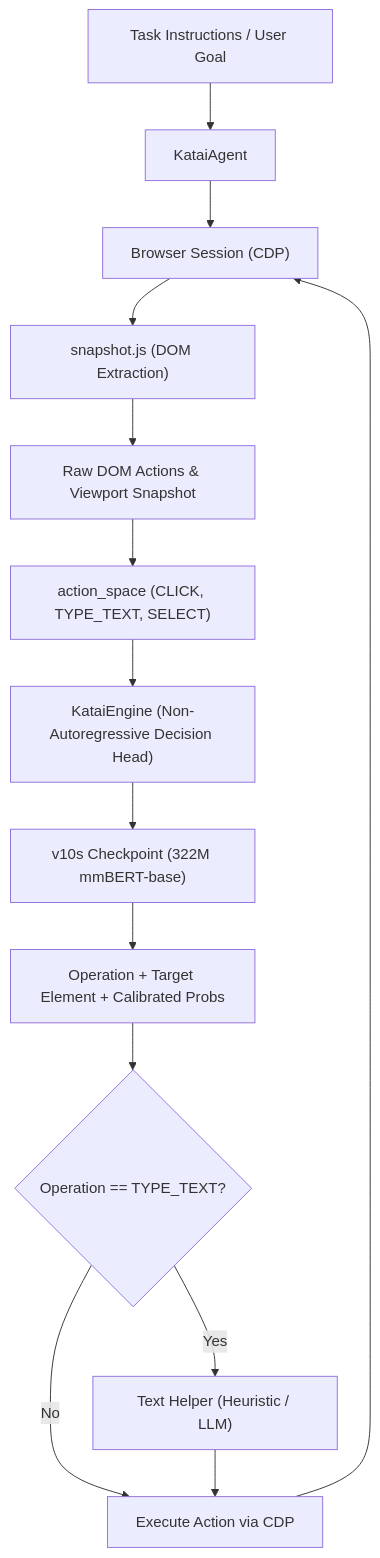
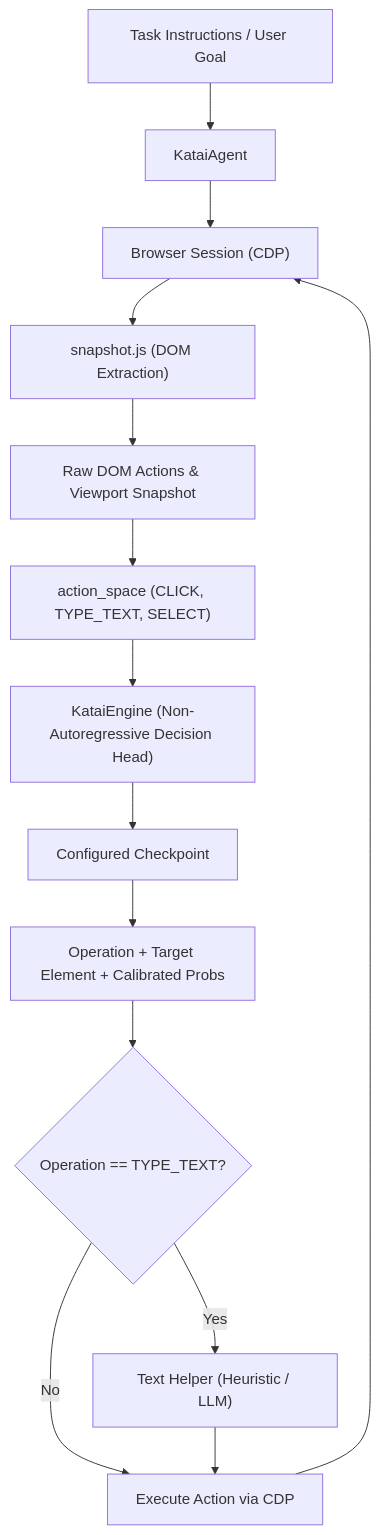
The diagram in README.md (Shiawaseu/katai), drawn with Mermaid before and after one commit.

Commit message:
Update checkpoint description in README

````diff
--- a/README.md
+++ b/README.md
@@ -53,16 +53,16 @@
 ```mermaid
 flowchart TD
     Goal["Task Instructions / User Goal"] --> Agent["KataiAgent"]
     Agent --> CDP["Browser Session (CDP)"]
     CDP --> Snapshot["snapshot.js (DOM Extraction)"]
     Snapshot --> Actions["Raw DOM Actions & Viewport Snapshot"]
     Actions --> Space["action_space (CLICK, TYPE_TEXT, SELECT)"]
     Space --> Engine["KataiEngine (Non-Autoregressive Decision Head)"]
-    Engine --> Checkpoint["v10s Checkpoint (322M mmBERT-base)"]
+    Engine --> Checkpoint["Configured Checkpoint"]
     Checkpoint --> Pred["Operation + Target Element + Calibrated Probs"]
     Pred --> TextCheck{"Operation == TYPE_TEXT?"}
     TextCheck -- "Yes" --> TextHelper["Text Helper (Heuristic / LLM)"]
     TextCheck -- "No" --> Exec["Execute Action via CDP"]
     TextHelper --> Exec
     Exec --> CDP
 ```
````
